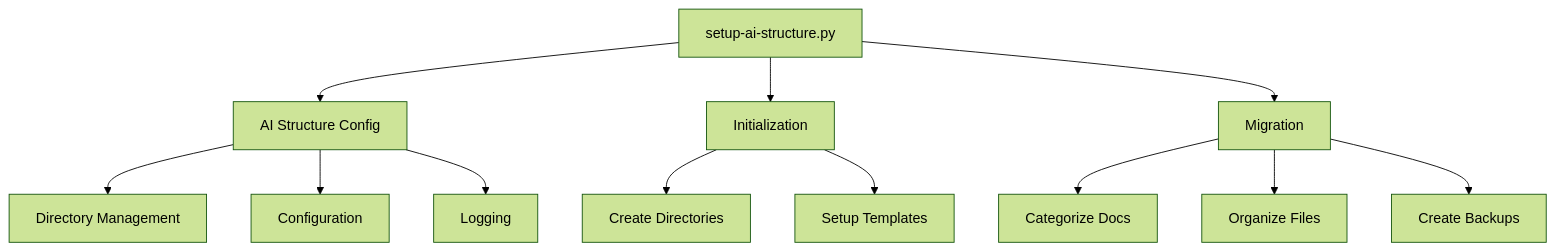
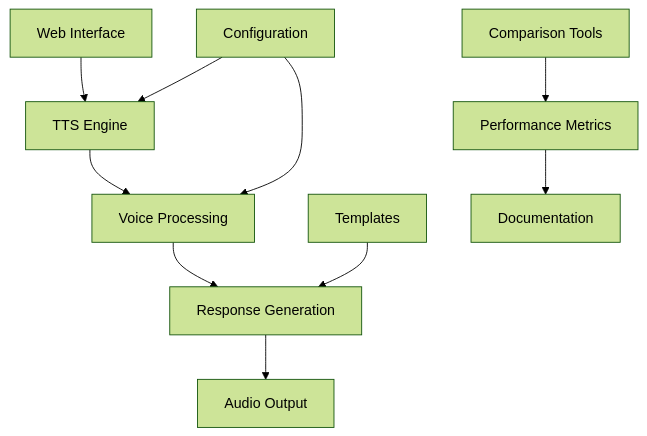
The diagram in ai-docs/project_overview.md (omarorn/Halloisland), drawn with Mermaid (forest theme) before and after one commit. The commit also changed other lines of this file, not shown here.

Commit message:
Update project overview documentation: reorganize sections, enhance clarity, and add details on core components and deployment options

````diff
--- a/ai-docs/project_overview.md
+++ b/ai-docs/project_overview.md
@@ -131,17 +144,15 @@
 ```mermaid
 graph TD
-    A[setup-ai-structure.py] --> B[AI Structure Config]
-    A --> C[Initialization]
-    A --> D[Migration]
+    A[Web Interface] --> B[TTS Engine]
+    B --> C[Voice Processing]
+    C --> D[Response Generation]
+    D --> E[Audio Output]
     
-    B --> E[Directory Management]
-    B --> F[Configuration]
-    B --> G[Logging]
+    F[Configuration] --> B
+    F --> C
     
-    C --> H[Create Directories]
-    C --> I[Setup Templates]
+    G[Templates] --> D
     
-    D --> J[Categorize Docs]
-    D --> K[Organize Files]
-    D --> L[Create Backups]
+    H[Comparison Tools] --> I[Performance Metrics]
+    I --> J[Documentation]
 ```
````
